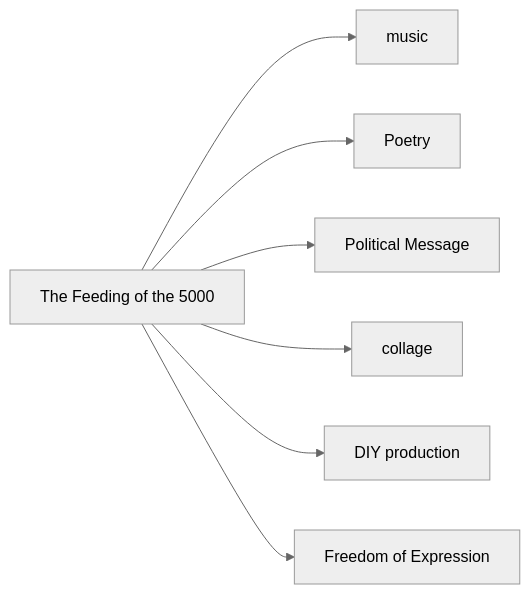
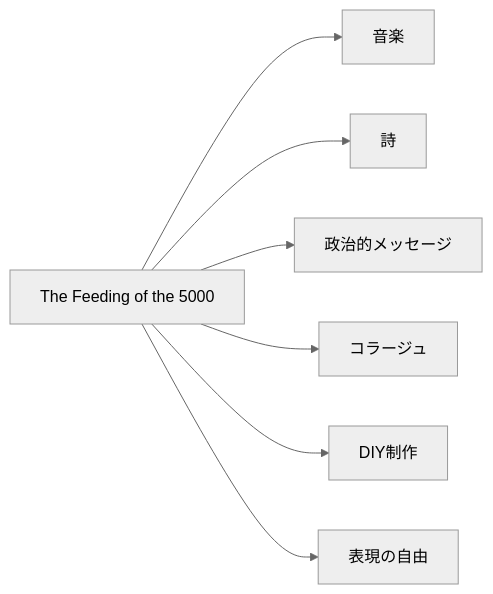
The second of 10 diagrams in en/_posts/2026-07-13-column-penny-rimbaud.md (monumental-movement/monumental-movement.github.io), drawn with Mermaid (neutral theme) before and after one commit. The commit also changed other lines of this file and 2196 other files, not shown here.

```diff
--- a/en/_posts/2026-07-13-column-penny-rimbaud.md
+++ b/en/_posts/2026-07-13-column-penny-rimbaud.md
@@ -410,18 +410,18 @@
 <div class="mermaid">
 graph LR
 
 A["The Feeding of the 5000"]
-B["music"]
-C["Poetry"]
-D["Political Message"]
-E["collage"]
-F["DIY production"]
-G["Freedom of Expression"]
+B["音楽"]
+C["詩"]
+D["政治的メッセージ"]
+E["コラージュ"]
+F["DIY制作"]
+G["表現の自由"]
 
 A --> B
 A --> C
 A --> D
 A --> E
 A --> F
 A --> G
 </div>
```
